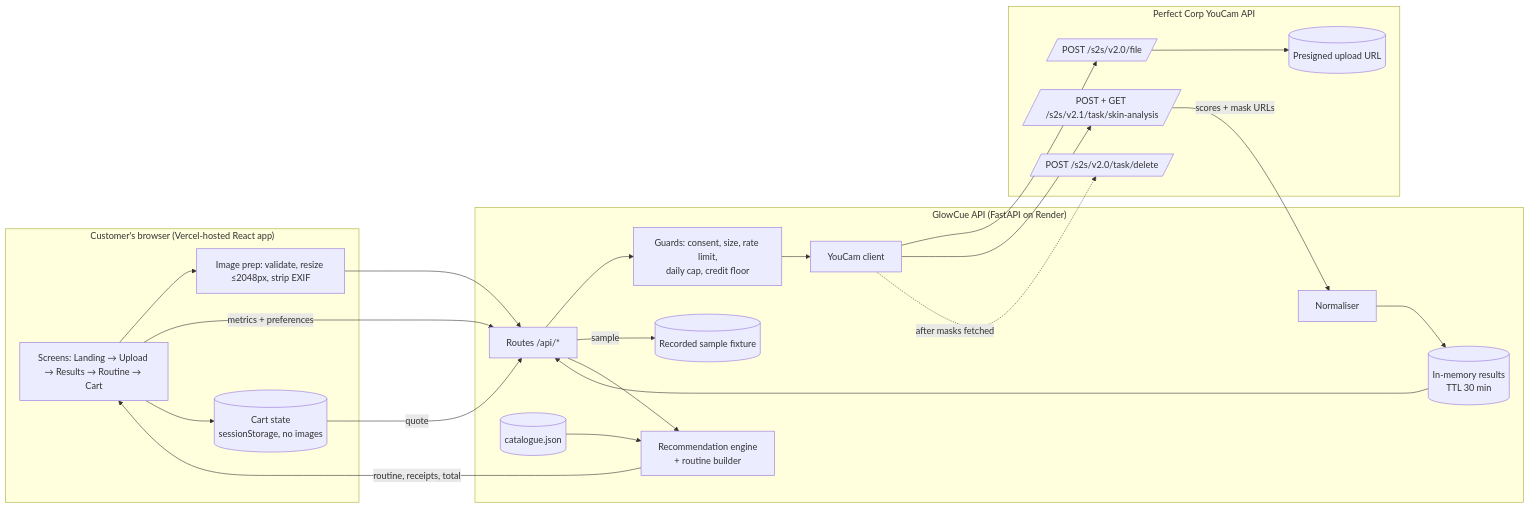
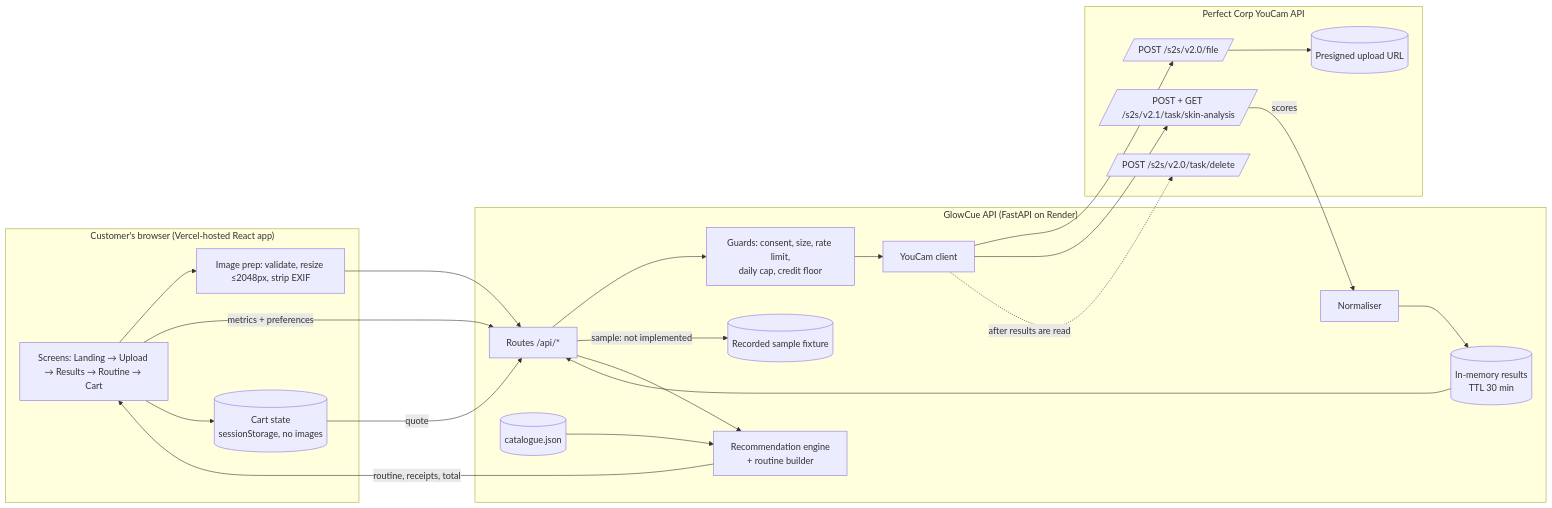
The diagram in docs/ARCHITECTURE.md (osodotsol/glowcue), drawn with Mermaid before and after one commit. The commit also changed other lines of this file and 12 other files, not shown here.

First line of the commit message:
docs: document GlowCue product and architecture

````diff
--- a/docs/ARCHITECTURE.md
+++ b/docs/ARCHITECTURE.md
@@ -37,40 +37,40 @@
 ```mermaid
 flowchart LR
   subgraph Browser["Customer's browser (Vercel-hosted React app)"]
     UI[Screens: Landing → Upload → Results → Routine → Cart]
     IMG[Image prep: validate, resize ≤2048px, strip EXIF]
     CART[(Cart state<br/>sessionStorage, no images)]
   end
 
   subgraph API["GlowCue API (FastAPI on Render)"]
     R[Routes /api/*]
     G[Guards: consent, size, rate limit,<br/>daily cap, credit floor]
     YC[YouCam client]
     N[Normaliser]
     CACHE[(In-memory results<br/>TTL 30 min)]
     CAT[(catalogue.json)]
     ENG[Recommendation engine<br/>+ routine builder]
     FIX[(Recorded sample fixture)]
   end
 
   subgraph YouCam["Perfect Corp YouCam API"]
     F[/POST /s2s/v2.0/file/]
     S3[(Presigned upload URL)]
     T[/POST + GET /s2s/v2.1/task/skin-analysis/]
     D[/POST /s2s/v2.0/task/delete/]
   end
 
   UI --> IMG --> R
   R --> G --> YC
   YC --> F --> S3
   YC --> T
-  T -- scores + mask URLs --> N --> CACHE
-  YC -. after masks fetched .-> D
-  R -- sample --> FIX
+  T -- scores --> N --> CACHE
+  YC -. after results are read .-> D
+  R -- sample: not implemented --> FIX
   CACHE --> R
   UI -- metrics + preferences --> R --> ENG
   CAT --> ENG
   ENG -- routine, receipts, total --> UI
   UI --> CART
   CART -- quote --> R
 ```
````
